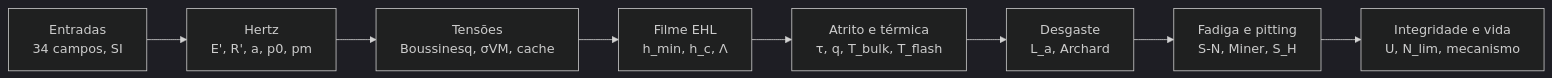
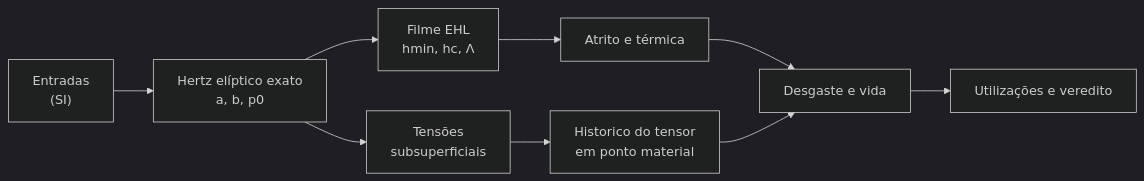
One commit to alejandrogarciadegracia3-hub/TRIBOSOFT_-TRIBOSOFT_HIPOID_WORM_SLIDING changed the diagram in README.md. Above: the diagram before and after it, drawn with Mermaid (dark theme). The commit also changed other lines of this file, not shown here.

````diff
--- a/README.md
+++ b/README.md
@@ -88,10 +86,11 @@
 ```mermaid
 flowchart LR
-    I["Entradas<br/>34 campos, SI"] --> H["Hertz<br/>E', R', a, p0, pm"]
-    H --> S["Tensões<br/>Boussinesq, σVM, cache"]
-    S --> E["Filme EHL<br/>h_min, h_c, Λ"]
-    E --> T["Atrito e térmica<br/>τ, q, T_bulk, T_flash"]
-    T --> W["Desgaste<br/>L_a, Archard"]
-    W --> F["Fadiga e pitting<br/>S-N, Miner, S_H"]
-    F --> U["Integridade e vida<br/>U, N_lim, mecanismo"]
+    I["Entradas<br/>(SI)"] --> H["Hertz elíptico exato<br/>a, b, p0"]
+    H --> F["Filme EHL<br/>hmin, hc, Λ"]
+    F --> A["Atrito e térmica"]
+    H --> S["Tensões<br/>subsuperficiais"]
+    S --> Y["Historico do tensor<br/>em ponto material"]
+    A --> W["Desgaste e vida"]
+    Y --> W
+    W --> U["Utilizações e veredito"]
 ```
````
